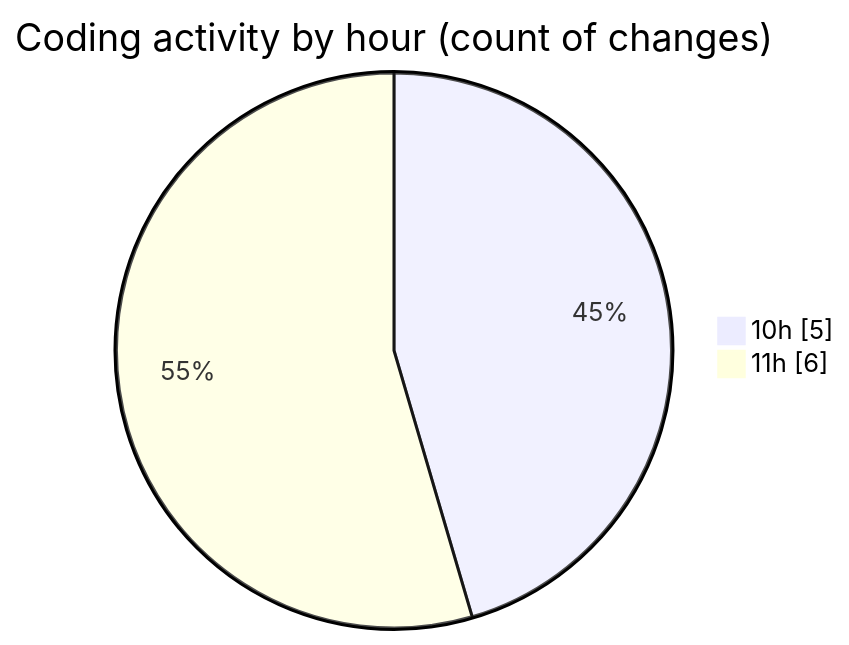
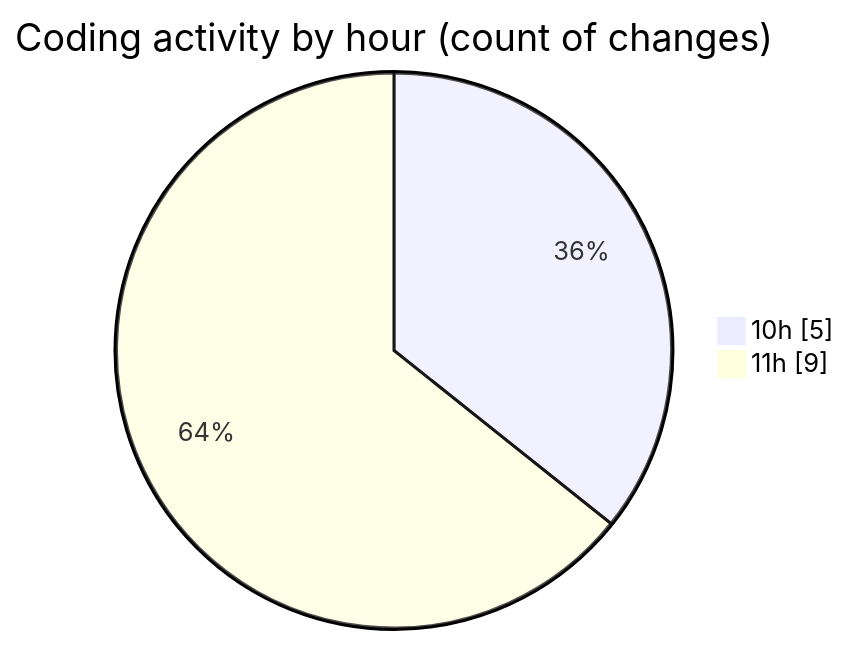
The second of 2 diagrams in 2026-04-20/airfeed-analytics-dashboard/README.md (nxtqubesakshisongat/code-tracking), drawn with Mermaid before and after one commit. The commit also changed other lines of this file and 1 other file, not shown here.

````diff
--- a/2026-04-20/airfeed-analytics-dashboard/README.md
+++ b/2026-04-20/airfeed-analytics-dashboard/README.md
@@ -30,6 +31,6 @@
 ```mermaid
 pie showData
 title Coding activity by hour (count of changes)
 "10h" : 5
-"11h" : 6
+"11h" : 9
 ```
````
